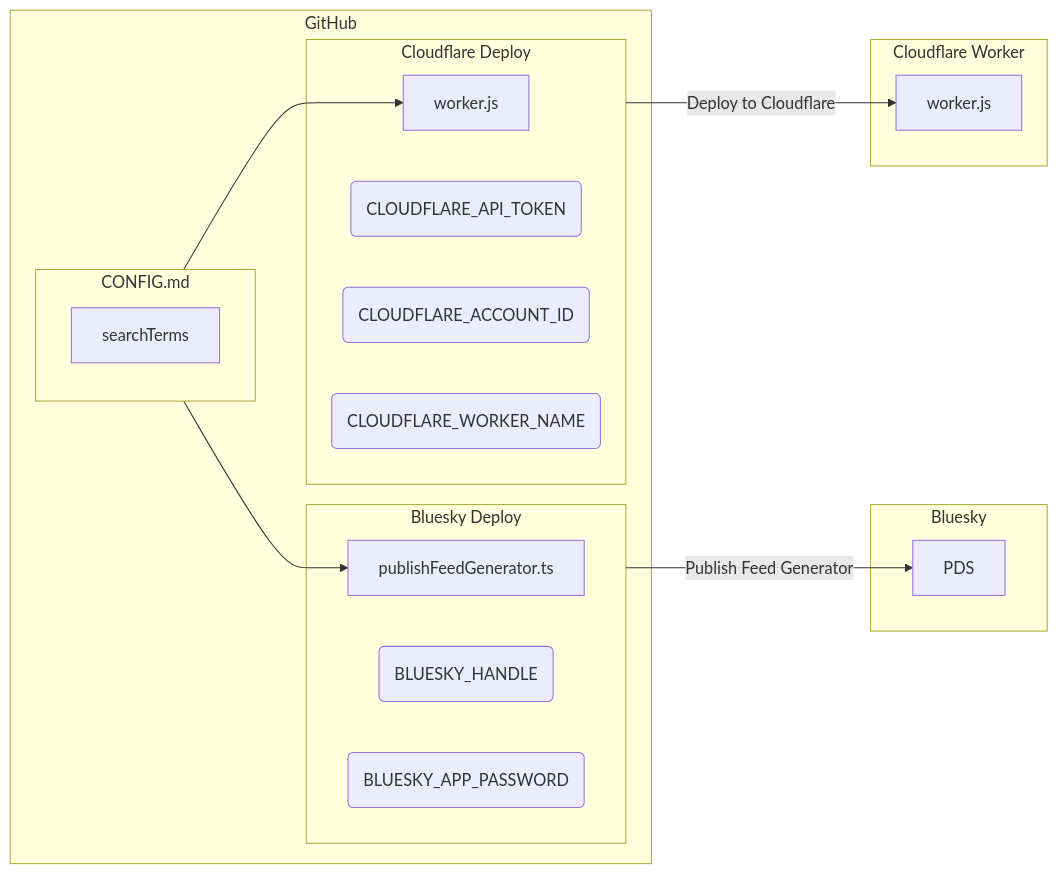
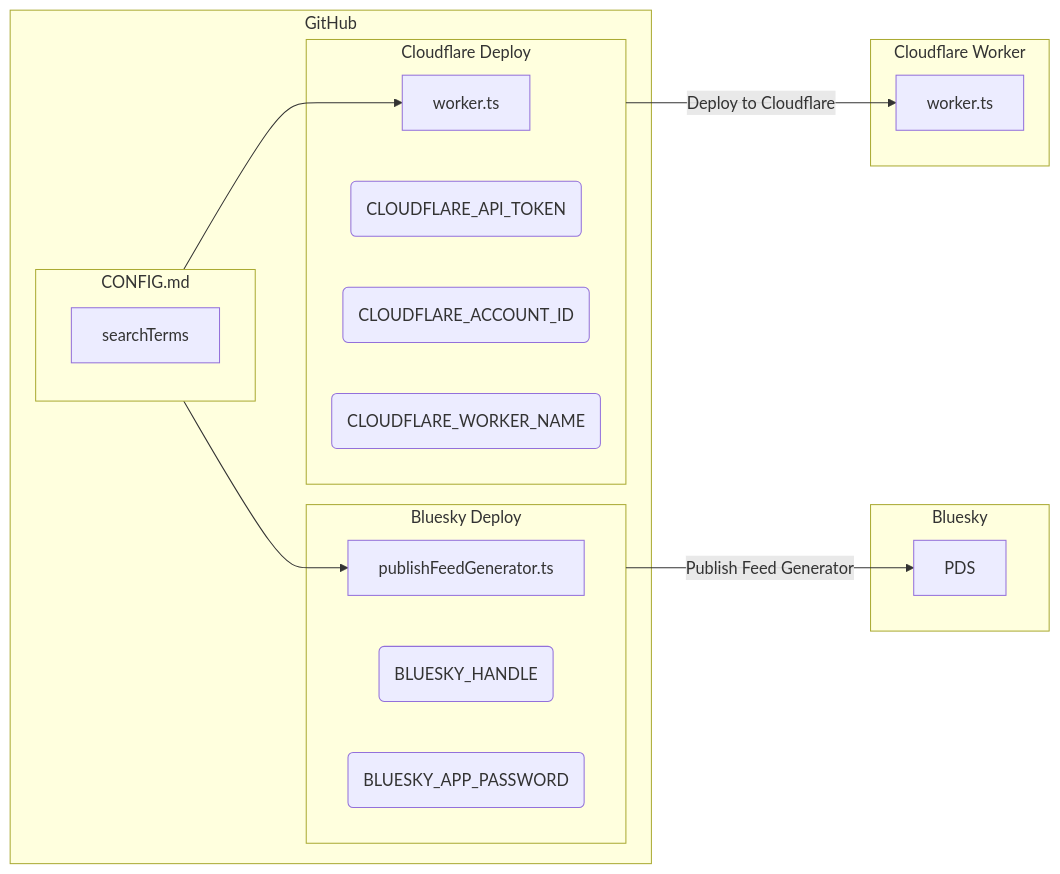
Before and after one commit to yamara-mh/Contrails: the first of 2 diagrams in README.md, drawn with Mermaid. The commit also changed 5 other files, not shown here.

````diff
--- a/README.md
+++ b/README.md
@@ -128,29 +128,29 @@
 ```mermaid
 flowchart LR
     subgraph Bluesky
         PDS["PDS"]
     end
     subgraph GitHub
         subgraph MD_Config["CONFIG.md"]
             searchTerms
         end
         subgraph CloudflareDeploy["Cloudflare Deploy"]
             Worker_JS
             CloudflareApiToken("CLOUDFLARE_API_TOKEN")
             CloudflareAccountID("CLOUDFLARE_ACCOUNT_ID")
             CloudflareWorkerName("CLOUDFLARE_WORKER_NAME")
         end
         subgraph BlueskyDeploy["Bluesky Deploy"]
             PublishFeedGenerator
             BlueskyHandle("BLUESKY_HANDLE")
             BlueskyAppPassword("BLUESKY_APP_PASSWORD")
         end
-        MD_Config --> Worker_JS["worker.js"]
+        MD_Config --> Worker_JS["worker.ts"]
         MD_Config --> PublishFeedGenerator["publishFeedGenerator.ts"]
     end
     subgraph "Cloudflare Worker"
-        CloudflareWorker[worker.js]
+        CloudflareWorker[worker.ts]
     end
     CloudflareDeploy -->|Deploy to Cloudflare| CloudflareWorker
     BlueskyDeploy -->|Publish Feed Generator| PDS
 ```
````
